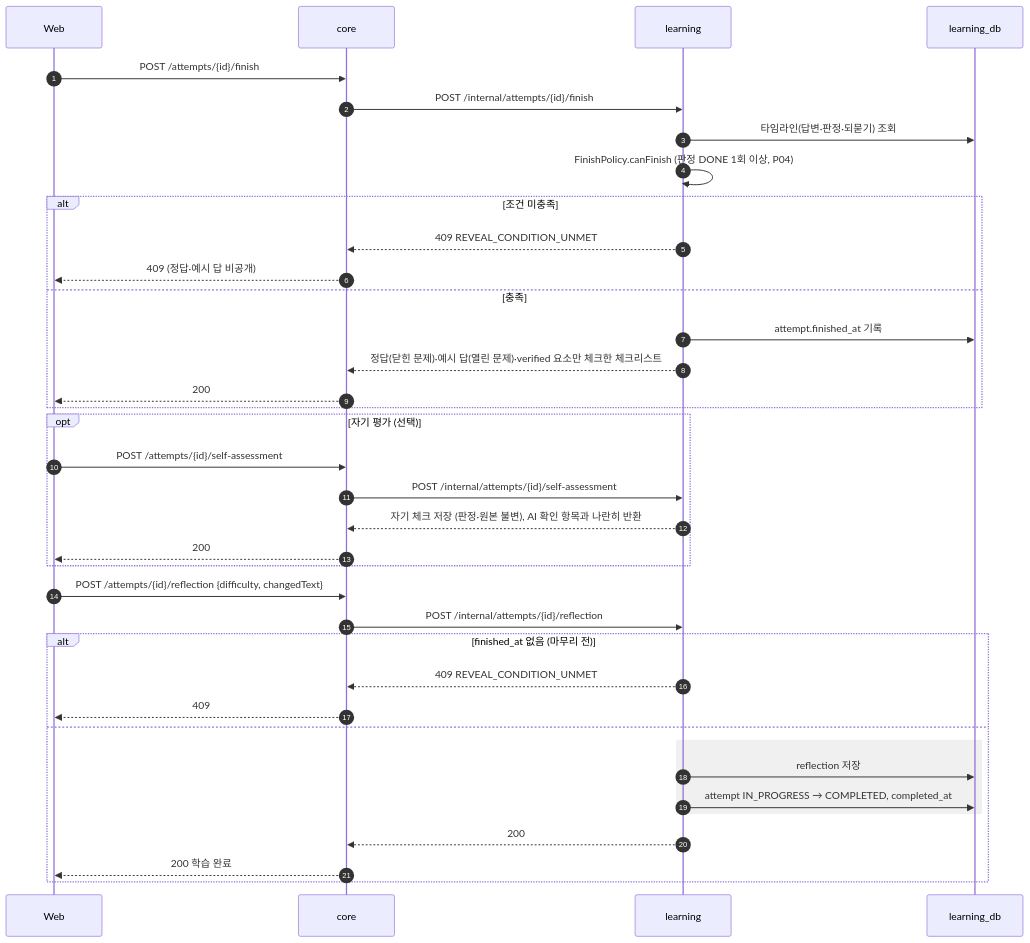
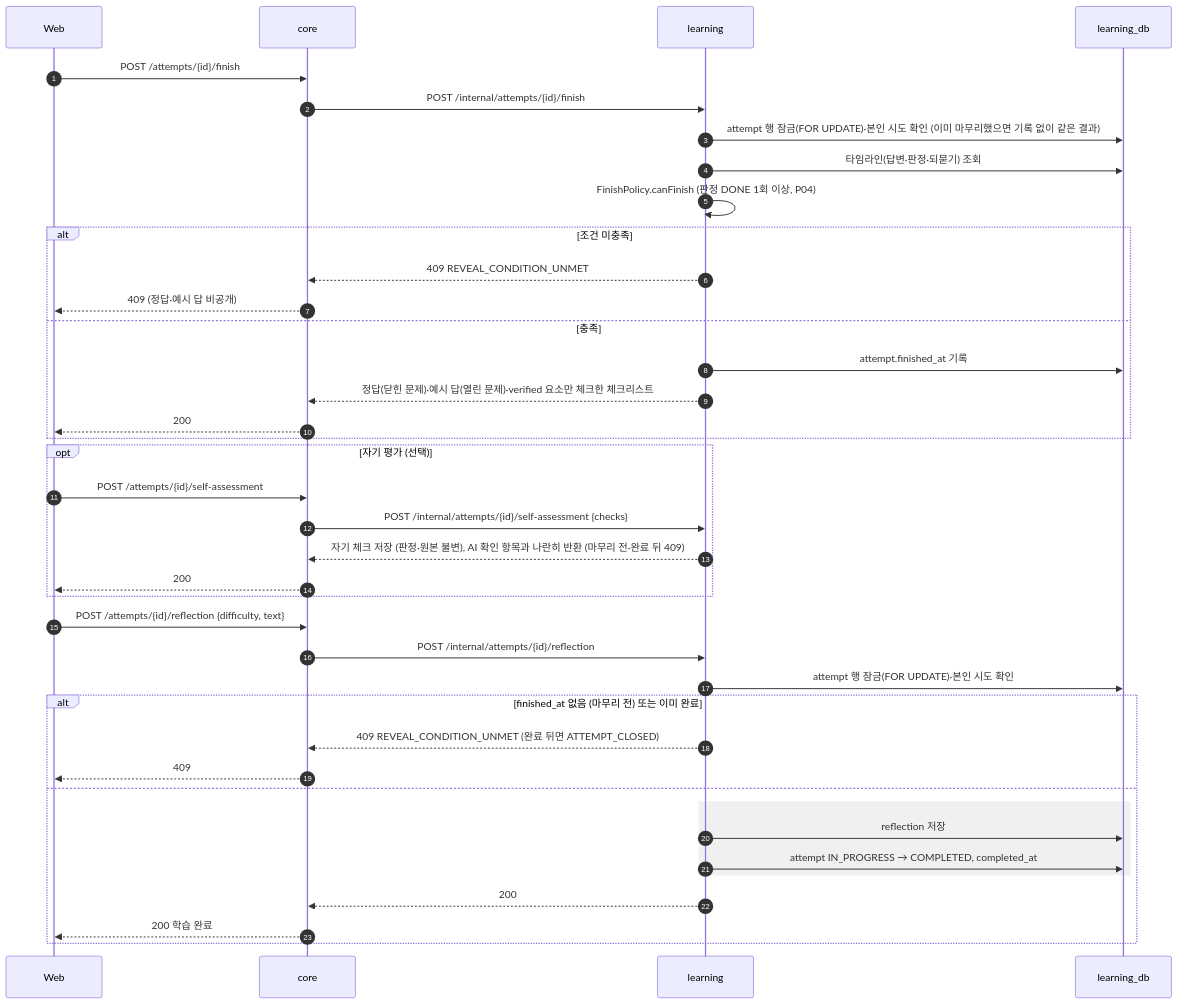
The ninth of 21 diagrams in docs/design/sequence-diagram.md (SKNETWORKS-FAMILY-AICAMP/SKN34-FINAL-3TEAM), drawn with Mermaid before and after one commit. The commit also changed other lines of this file and 6 other files, not shown here.

````diff
--- a/docs/design/sequence-diagram.md
+++ b/docs/design/sequence-diagram.md
@@ -374,40 +374,42 @@
 ```mermaid
 sequenceDiagram
   autonumber
   participant W as Web
   participant C as core
   participant L as learning
   participant DB as learning_db
 
   W->>C: POST /attempts/{id}/finish
   C->>L: POST /internal/attempts/{id}/finish
+  L->>DB: attempt 행 잠금(FOR UPDATE)·본인 시도 확인 (이미 마무리했으면 기록 없이 같은 결과)
   L->>DB: 타임라인(답변·판정·되묻기) 조회
   L->>L: FinishPolicy.canFinish (판정 DONE 1회 이상, P04)
   alt 조건 미충족
     L-->>C: 409 REVEAL_CONDITION_UNMET
     C-->>W: 409 (정답·예시 답 비공개)
   else 충족
     L->>DB: attempt.finished_at 기록
     L-->>C: 정답(닫힌 문제)·예시 답(열린 문제)·verified 요소만 체크한 체크리스트
     C-->>W: 200
   end
   opt 자기 평가 (선택)
     W->>C: POST /attempts/{id}/self-assessment
-    C->>L: POST /internal/attempts/{id}/self-assessment
-    L-->>C: 자기 체크 저장 (판정·원본 불변), AI 확인 항목과 나란히 반환
+    C->>L: POST /internal/attempts/{id}/self-assessment {checks}
+    L-->>C: 자기 체크 저장 (판정·원본 불변), AI 확인 항목과 나란히 반환 (마무리 전·완료 뒤 409)
     C-->>W: 200
   end
-  W->>C: POST /attempts/{id}/reflection {difficulty, changedText}
+  W->>C: POST /attempts/{id}/reflection {difficulty, text}
   C->>L: POST /internal/attempts/{id}/reflection
-  alt finished_at 없음 (마무리 전)
-    L-->>C: 409 REVEAL_CONDITION_UNMET
+  L->>DB: attempt 행 잠금(FOR UPDATE)·본인 시도 확인
+  alt finished_at 없음 (마무리 전) 또는 이미 완료
+    L-->>C: 409 REVEAL_CONDITION_UNMET (완료 뒤면 ATTEMPT_CLOSED)
     C-->>W: 409
   else
     rect rgba(128,128,128,0.12)
       L->>DB: reflection 저장
       L->>DB: attempt IN_PROGRESS → COMPLETED, completed_at
     end
     L-->>C: 200
     C-->>W: 200 학습 완료
   end
 ```
````
